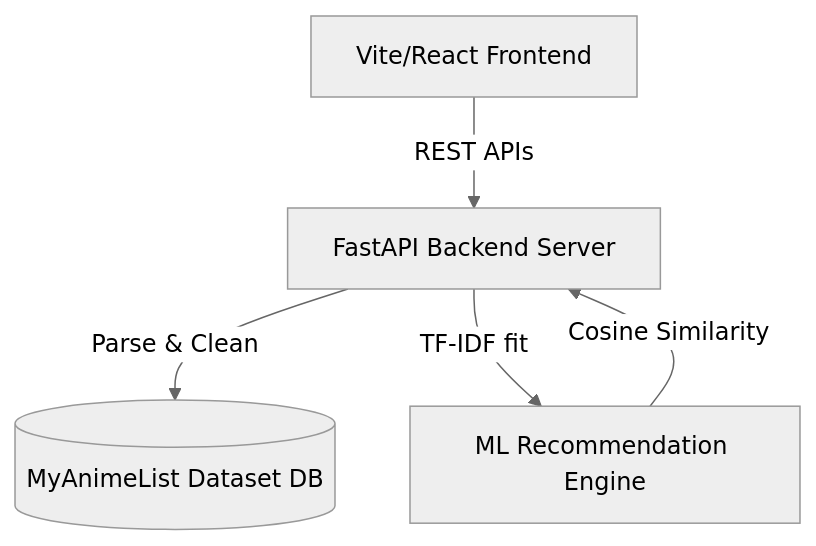
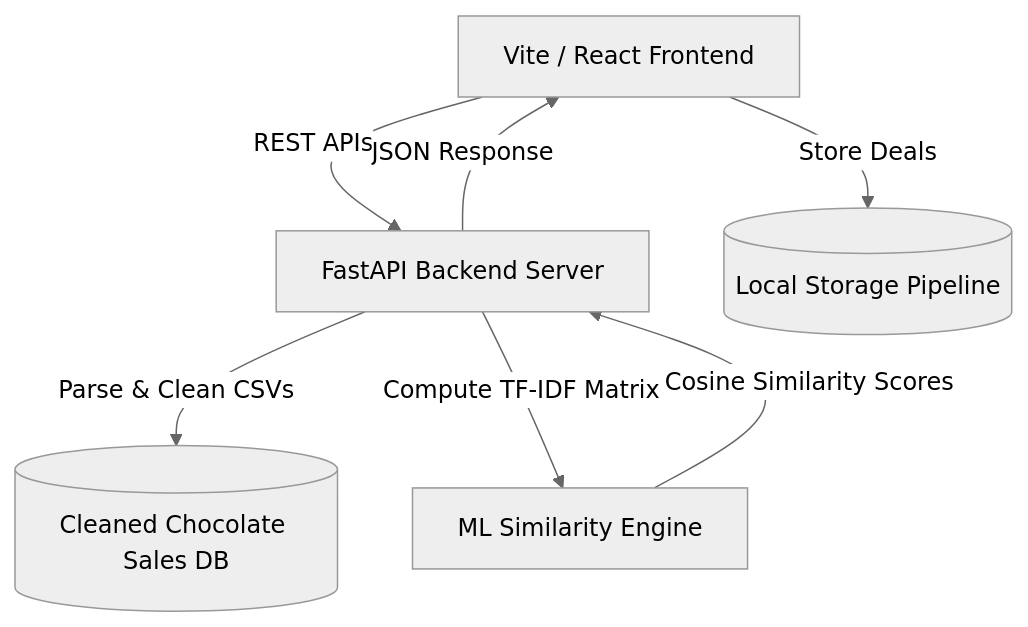
The diagram in salesgenie/README.md (shubh152205/AnimeGenie_ShubhamSharma), drawn with Mermaid (neutral theme) before and after one commit. The commit also changed other lines of this file and 7 other files, not shown here.

Commit message:
Refactor project to AppleSalesGennie AI with chocolate sales dataset, deal pipeline, AI pitch generator, and sales analytics dashboard

````diff
--- a/salesgenie/README.md
+++ b/salesgenie/README.md
@@ -9,7 +9,9 @@
 ```mermaid
 graph TD
-    A[Vite/React Frontend] -->|REST APIs| B[FastAPI Backend Server]
-    B -->|Parse & Clean| C[(MyAnimeList Dataset DB)]
-    B -->|TF-IDF fit| D[ML Recommendation Engine]
-    D -->|Cosine Similarity| B
+    A[Vite / React Frontend] -->|REST APIs| B[FastAPI Backend Server]
+    B -->|Parse & Clean CSVs| C[(Cleaned Chocolate Sales DB)]
+    B -->|Compute TF-IDF Matrix| D[ML Similarity Engine]
+    D -->|Cosine Similarity Scores| B
+    B -->|JSON Response| A
+    A -->|Store Deals| E[(Local Storage Pipeline)]
 ```
````
